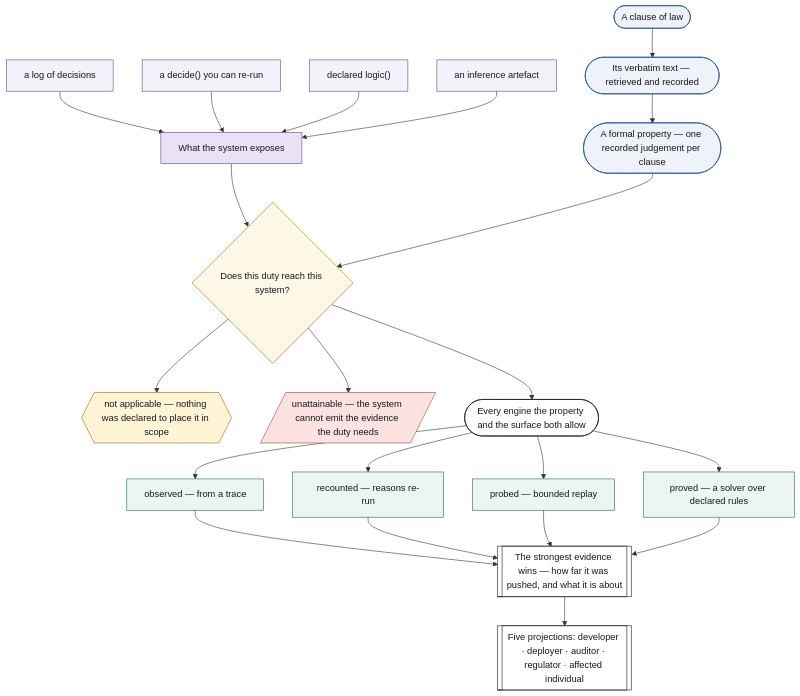
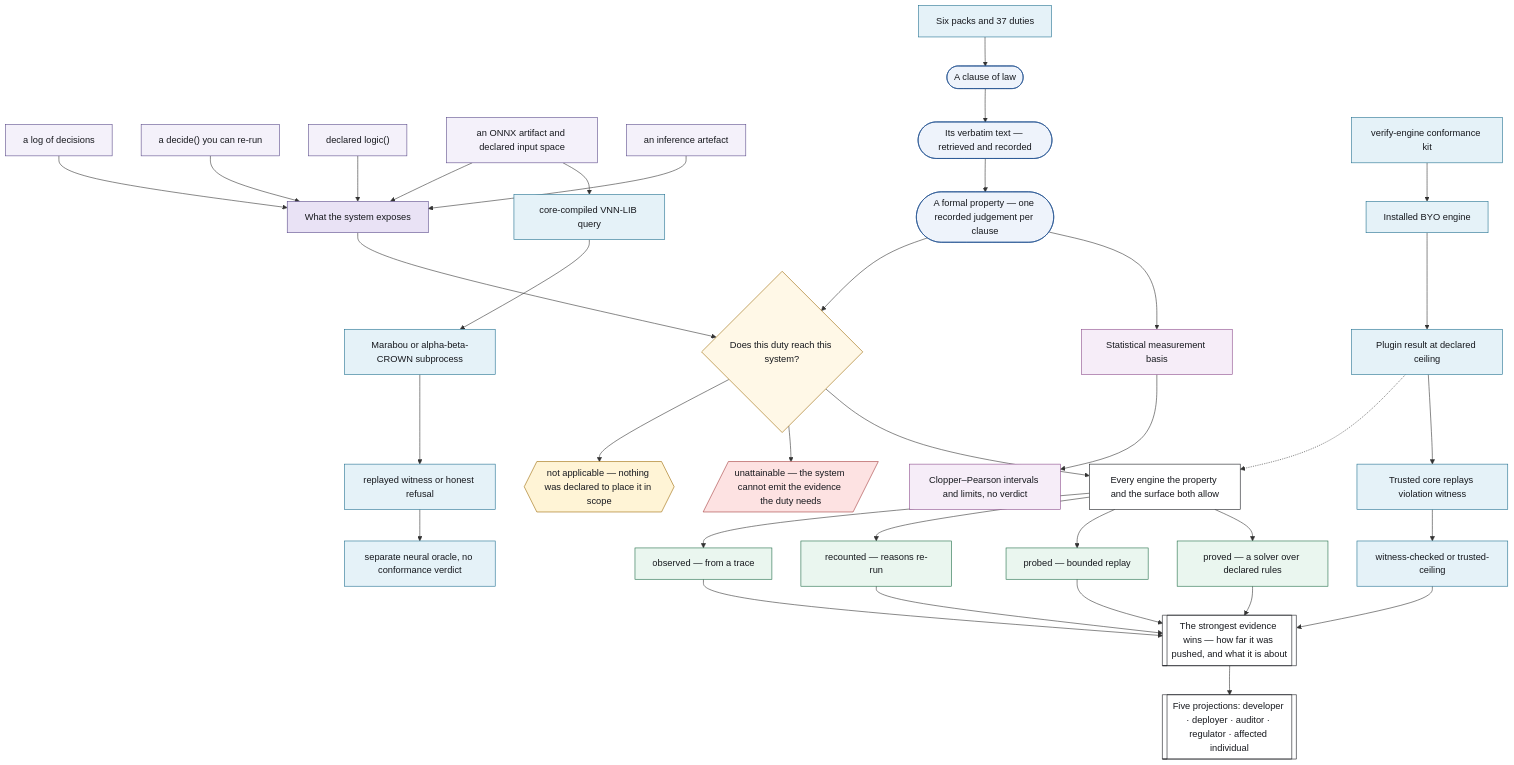
The diagram in README.md (SandroHub013/reasonsmith), drawn with Mermaid before and after one commit. The commit also changed other lines of this file and 15 other files, not shown here.

````diff
--- a/README.md
+++ b/README.md
@@ -25,47 +25,67 @@
 ```mermaid
 flowchart TB
     log["a log of decisions"] --> exposed
     callable["a decide() you can re-run"] --> exposed
     rules["declared logic()"] --> exposed
+    neural["an ONNX artifact and declared input space"] --> exposed
     artefact["an inference artefact"] --> exposed
+    neural --> query["core-compiled VNN-LIB query"]
+    query --> verifier["Marabou or alpha-beta-CROWN subprocess"]
+    verifier --> neural_result["replayed witness or honest refusal"]
+    neural_result --> neural_boundary["separate neural oracle, no conformance verdict"]
     exposed["What the system exposes"] --> reach
 
-    clause(["A clause of law"]) --> quote(["Its verbatim text — retrieved and recorded"])
+    packs["Six packs and 37 duties"] --> clause(["A clause of law"])
+    clause --> quote(["Its verbatim text — retrieved and recorded"])
     quote --> formula(["A formal property — one recorded judgement per clause"])
     formula --> reach{"Does this duty reach this system?"}
+    formula --> statistical["Statistical measurement basis"]
+    statistical --> measurement["Clopper–Pearson intervals and limits, no verdict"]
 
     reach --> na{{"not applicable — nothing was declared to place it in scope"}}
     reach --> un[/"unattainable — the system cannot emit the evidence the duty needs"/]
-    reach --> ladder(["Every engine the property and the surface both allow"])
+    reach --> ladder["Every engine the property and the surface both allow"]
 
     ladder --> observed["observed — from a trace"]
     ladder --> recounted["recounted — reasons re-run"]
     ladder --> probed["probed — bounded replay"]
     ladder --> proved["proved — a solver over declared rules"]
+
+    byo["Installed BYO engine"] --> plugin["Plugin result at declared ceiling"]
+    plugin -.-> ladder
+    plugin --> witness["Trusted core replays violation witness"]
+    witness --> provenance["witness-checked or trusted-ceiling"]
+    provenance --> verdict
+    kit["verify-engine conformance kit"] --> byo
 
     observed --> verdict
     recounted --> verdict
     probed --> verdict
     proved --> verdict
 
     verdict[["The strongest evidence wins — how far it was pushed, and what it is about"]]
     verdict --> five[["Five projections: developer · deployer · auditor · regulator · affected individual"]]
 
     classDef law fill:#eef3fb,stroke:#1f4f8f,color:#16181d
     classDef surface fill:#f4f1fa,stroke:#5b4a8a,color:#16181d
     classDef notapp fill:#fff4d6,stroke:#9a6700,color:#16181d
     classDef unattainable fill:#fde2e2,stroke:#a33a3a,color:#16181d
     classDef rung fill:#eaf6ef,stroke:#1d6b45,color:#16181d
     classDef outcome fill:#ffffff,stroke:#16181d,color:#16181d
     classDef decision fill:#fff8e7,stroke:#9a6700,color:#16181d
     classDef collector fill:#e9e2f5,stroke:#5b4a8a,color:#16181d
+    classDef extension fill:#e5f2f8,stroke:#1f6f8f,color:#16181d
+    classDef measurement fill:#f6edf8,stroke:#8b4a8b,color:#16181d
 
     class clause,quote,formula law
-    class log,callable,rules,artefact surface
+    class log,callable,rules,neural,artefact surface
     class exposed collector
+    class query,verifier,neural_result,neural_boundary extension
+    class packs,kit,byo,plugin,witness,provenance extension
+    class statistical,measurement measurement
     class reach decision
     class na notapp
     class un unattainable
     class observed,recounted,probed,proved rung
     class ladder,verdict,five outcome
 ```
````
